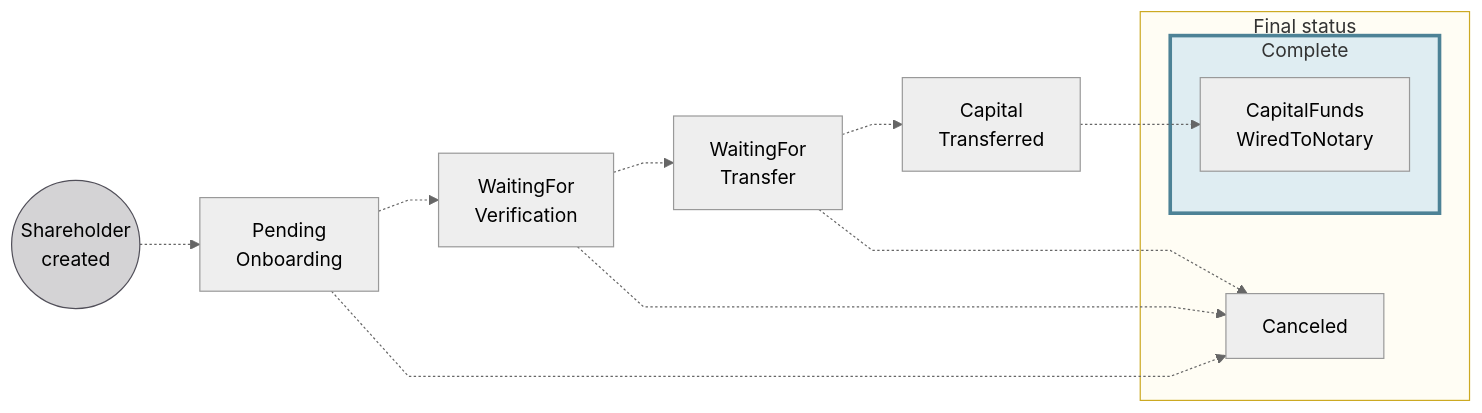
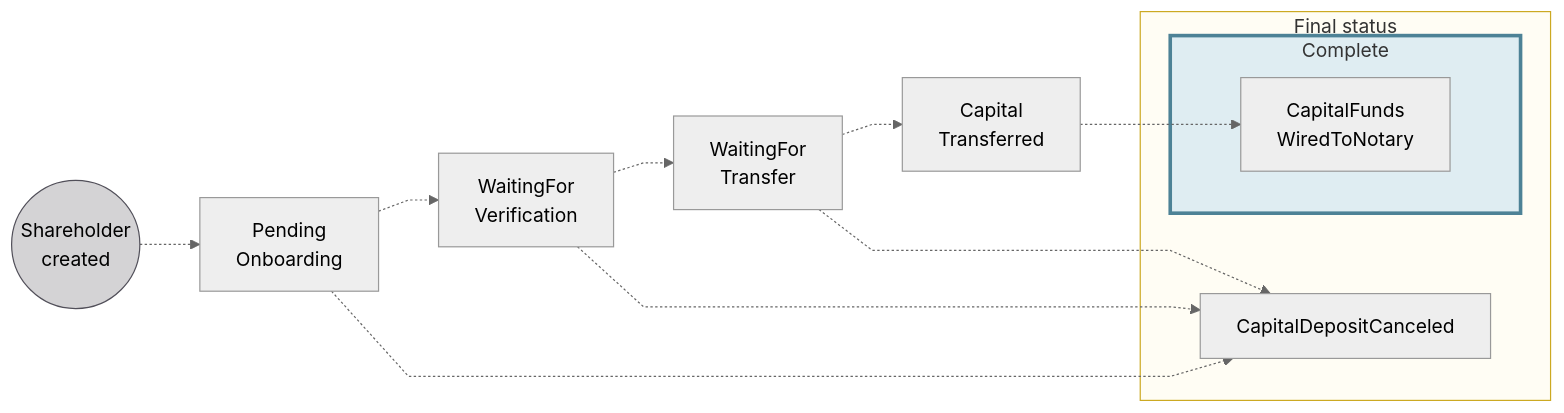
The third of 4 diagrams in docs/topics/capital-deposits/index.mdx (swan-io/docs), drawn with Mermaid (neutral theme) before and after one commit. The commit also changed other lines of this file, not shown here.

Commit message:
DOC-453 change shareholder status from Canceled to CapitalDepositCanceled

````diff
--- a/docs/topics/capital-deposits/index.mdx
+++ b/docs/topics/capital-deposits/index.mdx
@@ -223,22 +223,22 @@
 ```mermaid
 %%{ init: { 'flowchart': { 'curve': 'linear' } } }%%
 flowchart LR
     SC((Shareholder<br/>created)) -.-> P[Pending<br/>Onboarding]
     P -.-> WV[WaitingFor<br/>Verification]
     WV -.-> WT[WaitingFor<br/>Transfer]
     WT -.-> CT[Capital<br/>Transferred]
     CT -.-> CN[CapitalFunds<br/>WiredToNotary]
-    P -.-> CA[Canceled]
-    WV -.-> CA
-    WT -.-> CA
+    P -.-> CDC[CapitalDepositCanceled]
+    WV -.-> CDC
+    WT -.-> CDC
     subgraph COM[Complete]
         CN
     end
     subgraph F[Final status]
-        CA
+        CDC
         COM
     end
     style SC fill:#D4D3D5,stroke:#514F59
     style COM fill:#dfedf2,stroke:#4d8296,stroke-width:3px
     style F fill:#fffdf4,stroke:#cca922
 ```
````
